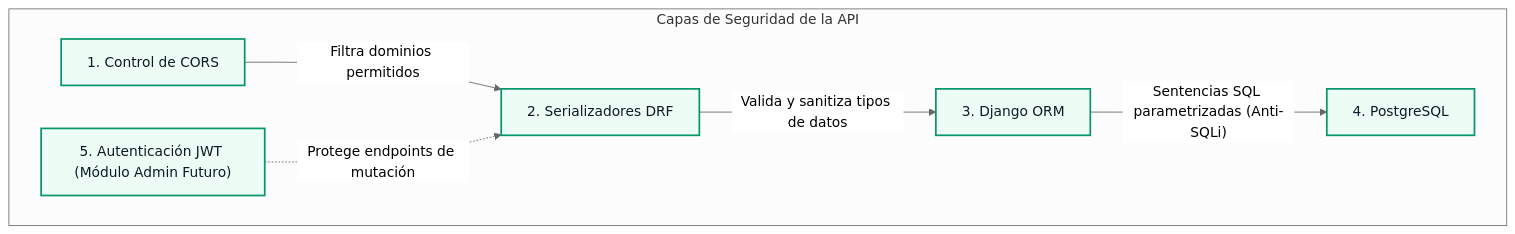
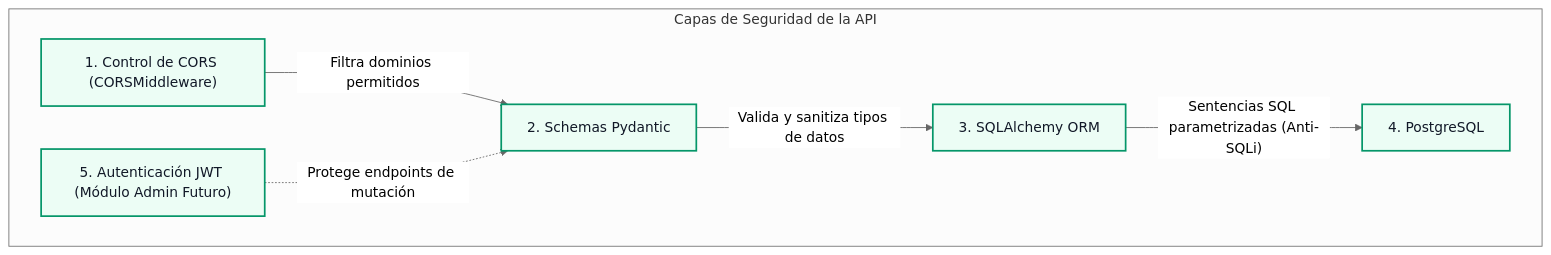
Before and after one commit to Darksam03/RuralConecta-ProyectoWeb: the second of 2 diagrams in docs/api/especificacion-api.md, drawn with Mermaid (neutral theme). The commit also changed other lines of this file and 5 other files, not shown here.

````diff
--- a/docs/api/especificacion-api.md
+++ b/docs/api/especificacion-api.md
@@ -521,12 +521,12 @@
 ```mermaid
 graph TD
     subgraph "Capas de Seguridad de la API"
-        S1["1. Control de CORS"] -->|"Filtra dominios permitidos"| S2["2. Serializadores DRF"]
-        S2 -->|"Valida y sanitiza tipos de datos"| S3["3. Django ORM"]
+        S1["1. Control de CORS (CORSMiddleware)"] -->|"Filtra dominios permitidos"| S2["2. Schemas Pydantic"]
+        S2 -->|"Valida y sanitiza tipos de datos"| S3["3. SQLAlchemy ORM"]
         S3 -->|"Sentencias SQL parametrizadas (Anti-SQLi)"| S4["4. PostgreSQL"]
         S5["5. Autenticación JWT (Módulo Admin Futuro)"] -.->|"Protege endpoints de mutación"| S2
     end
 
     classDef sec fill:#ecfdf5,stroke:#059669,stroke-width:2px,color:#111827;
     class S1,S2,S3,S4,S5 sec;
 ```
````
